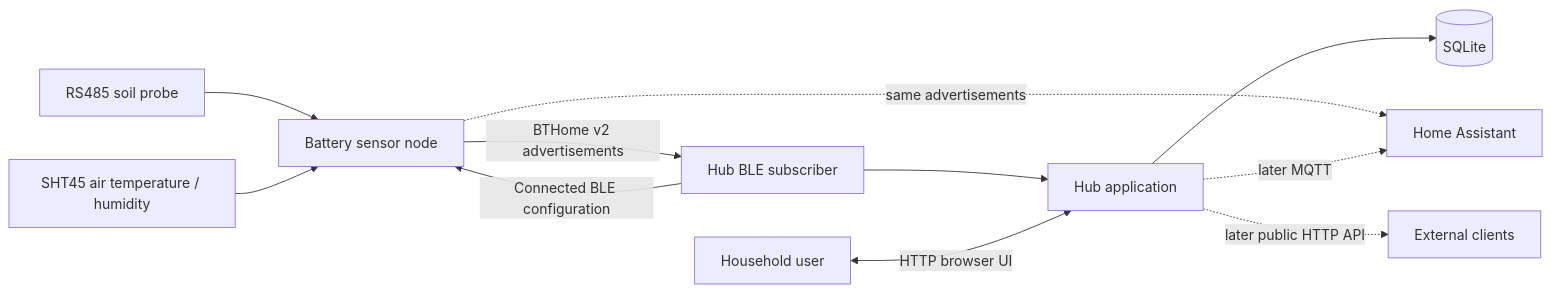
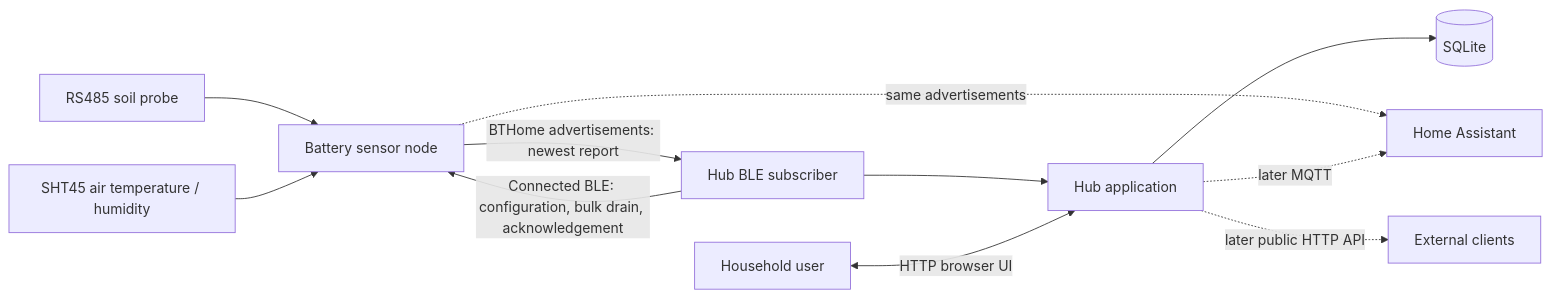
The first of 3 diagrams in docs/architecture.md (keefo/open-plant-pulse), drawn with Mermaid before and after one commit. The commit also changed other lines of this file and 1 other file, not shown here.

First line of the commit message:
Explain the device-info byte and how a report reaches the hub page

````diff
--- a/docs/architecture.md
+++ b/docs/architecture.md
@@ -5,13 +5,13 @@
 ```mermaid
 flowchart LR
     Probe[RS485 soil probe] --> Sensor[Battery sensor node]
     Air[SHT45 air temperature / humidity] --> Sensor
-    Sensor -->|BTHome v2 advertisements| Subscriber[Hub BLE subscriber]
-    Subscriber -->|Connected BLE configuration| Sensor
+    Sensor -->|BTHome advertisements: newest report| Subscriber[Hub BLE subscriber]
+    Subscriber -->|Connected BLE: configuration, bulk drain, acknowledgement| Sensor
     Subscriber --> Hub[Hub application]
     Hub --> DB[(SQLite)]
     User[Household user] <-->|HTTP browser UI| Hub
     Sensor -.->|same advertisements| HA[Home Assistant]
     Hub -.->|later MQTT| HA
     Hub -.->|later public HTTP API| Clients[External clients]
 ```
````
